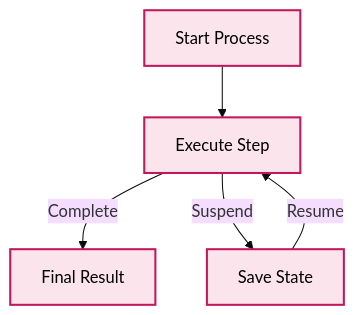
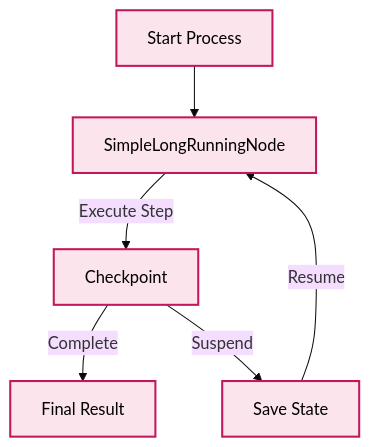
Before and after one commit to aitoroses/floxide: the eighth of 9 diagrams in README.md, drawn with Mermaid (base theme). The commit also changed other lines of this file and 11 other files, not shown here.

````diff
--- a/README.md
+++ b/README.md
@@ -302,11 +306,13 @@
 ```mermaid
 graph TD
-    A["Start Process"] --> B["Execute Step"]
-    B -->|Complete| C["Final Result"]
-    B -->|Suspend| D["Save State"]
-    D -->|Resume| B
+    A["Start Process"] --> B["SimpleLongRunningNode"]
+    B -->|"Execute Step"| C["Checkpoint"]
+    C -->|"Complete"| D["Final Result"]
+    C -->|"Suspend"| E["Save State"]
+    E -->|"Resume"| B
     style A fill:#fce4ec,stroke:#c2185b,stroke-width:2px,color:black
     style B fill:#fce4ec,stroke:#c2185b,stroke-width:2px,color:black
     style C fill:#fce4ec,stroke:#c2185b,stroke-width:2px,color:black
     style D fill:#fce4ec,stroke:#c2185b,stroke-width:2px,color:black
+    style E fill:#fce4ec,stroke:#c2185b,stroke-width:2px,color:black
 ```
````
